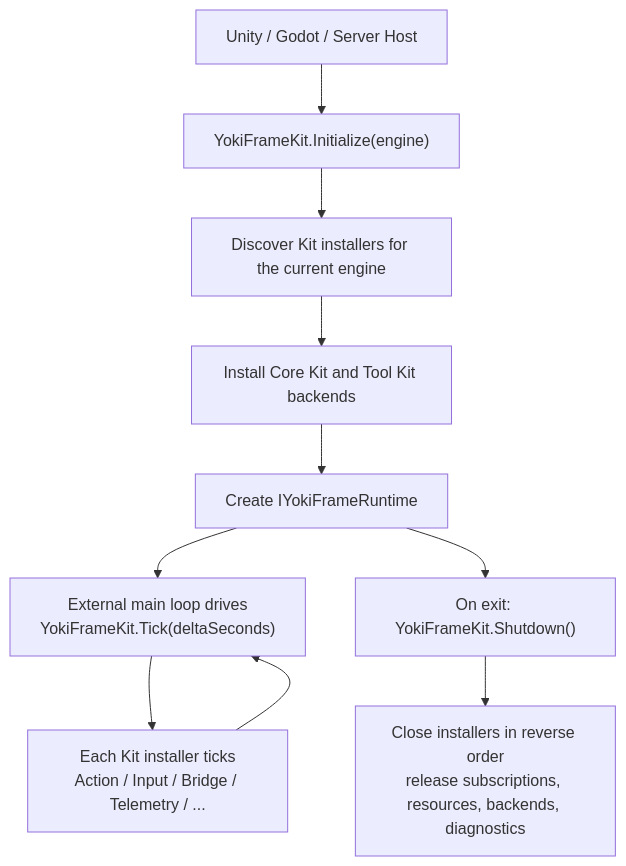
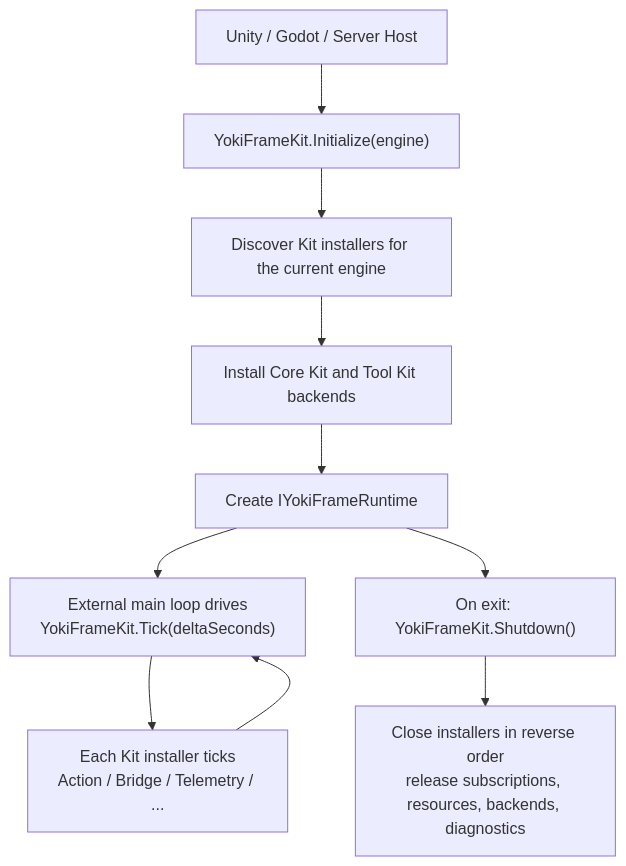
Before and after one commit to HinataYoki/YokiFrame: the fourth of 7 diagrams in README.en.md, drawn with Mermaid. The commit also changed other lines of this file and 90 other files, not shown here.

Commit message:
refactor(inputkit): 移除官方 InputKit

````diff
--- a/README.en.md
+++ b/README.en.md
@@ -214,22 +212,22 @@
 ```mermaid
 flowchart TB
     Host["Unity / Godot / Server Host"]
     Init["YokiFrameKit.Initialize(engine)"]
     Discover["Discover Kit installers for the current engine"]
     Install["Install Core Kit and Tool Kit backends"]
     Runtime["Create IYokiFrameRuntime"]
     Tick["External main loop drives<br/>YokiFrameKit.Tick(deltaSeconds)"]
-    KitTick["Each Kit installer ticks<br/>Action / Input / Bridge / Telemetry / ..."]
+    KitTick["Each Kit installer ticks<br/>Action / Bridge / Telemetry / ..."]
     Shutdown["On exit: YokiFrameKit.Shutdown()"]
     Cleanup["Close installers in reverse order<br/>release subscriptions, resources, backends, diagnostics"]
 
     Host --> Init
     Init --> Discover
     Discover --> Install
     Install --> Runtime
     Runtime --> Tick
     Tick --> KitTick
     KitTick --> Tick
     Runtime --> Shutdown
     Shutdown --> Cleanup
 ```
````
